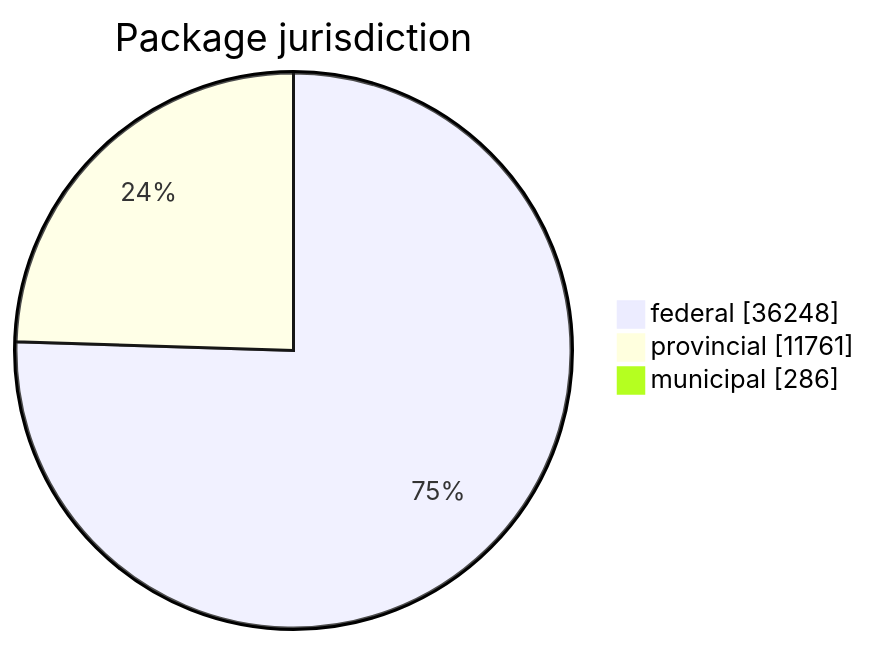
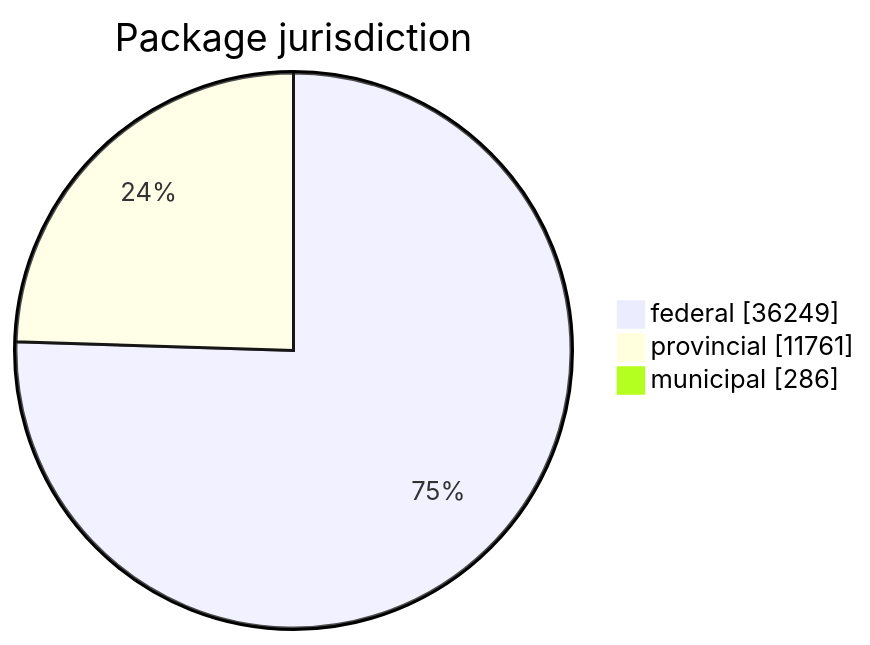
The first of 5 diagrams in FreshCheck/README.md (open-data/analytics-corporate-reporting), drawn with Mermaid before and after one commit. The commit also changed other lines of this file and 3 other files, not shown here.

````diff
--- a/FreshCheck/README.md
+++ b/FreshCheck/README.md
@@ -60,6 +60,6 @@
 ```mermaid
 pie showData title Package jurisdiction
-    "federal": 36248
+    "federal": 36249
     "provincial": 11761
     "municipal": 286
 ```
````
